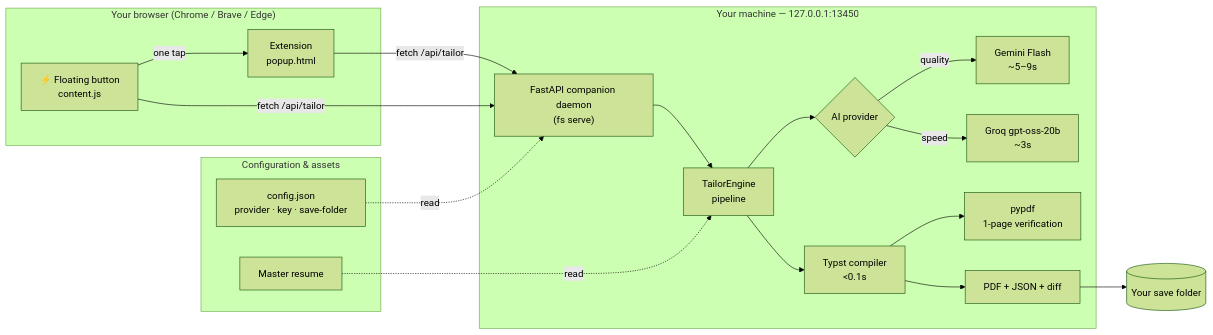
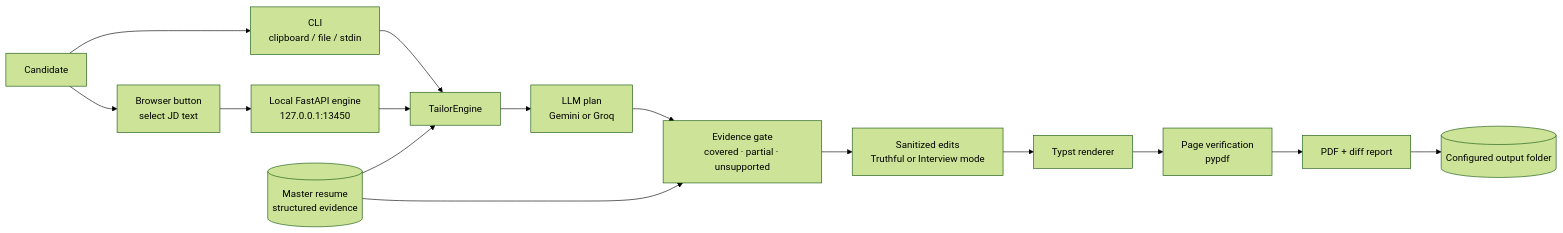
Before and after one commit to PavanBollepalli/flash-resume: the diagram in README.md, drawn with Mermaid (forest theme). The commit also changed other lines of this file and 11 other files, not shown here.

Commit message:
release: prepare flash-resume 0.2.9

````diff
--- a/README.md
+++ b/README.md
@@ -83,26 +375,19 @@
 ```mermaid
 flowchart LR
-    subgraph Browser["Your browser (Chrome / Brave / Edge)"]
-        FAB["⚡ Floating button<br/>content.js"] -->|"one tap"| EXT["Extension<br/>popup.html"]
-    end
+    USER["Candidate"] --> BROWSER["Browser button<br/>select JD text"]
+    USER --> CLI["CLI<br/>clipboard / file / stdin"]
 
-    subgraph Local["Your machine — 127.0.0.1:13450"]
-        API["FastAPI companion daemon<br/>(fs serve)"] --> TAILOR["TailorEngine<br/>pipeline"]
-        TAILOR --> LLM{"AI provider"}
-        LLM -->|quality| GEM["Gemini Flash<br/>~5–9s"]
-        LLM -->|speed| GROQ["Groq gpt-oss-20b<br/>~3s"]
-        TAILOR --> TYPST["Typst compiler<br/><0.1s"] --> PYPDF["pypdf<br/>1-page verification"]
-        TYPST --> PDF["PDF + JSON + diff"]
-    end
+    BROWSER --> API["Local FastAPI engine<br/>127.0.0.1:13450"]
+    CLI --> PIPELINE["TailorEngine"]
+    API --> PIPELINE
 
-    EXT -->|fetch /api/tailor| API
-    FAB -->|fetch /api/tailor| API
-    PDF --> SAVE[("Your save folder")]
-
-    subgraph Config["Configuration & assets"]
-        CFG["config.json<br/>provider · key · save-folder"]
-        RES["Master resume"]
-        CFG -.->|read| API
-        RES -.->|read| TAILOR
-    end
+    RESUME[("Master resume<br/>structured evidence")] --> PIPELINE
+    PIPELINE --> PLAN["LLM plan<br/>Gemini or Groq"]
+    PLAN --> GATE["Evidence gate<br/>covered · partial · unsupported"]
+    RESUME --> GATE
+    GATE --> EDITS["Sanitized edits<br/>Truthful or Interview mode"]
+    EDITS --> RENDER["Typst renderer"]
+    RENDER --> VERIFY["Page verification<br/>pypdf"]
+    VERIFY --> OUTPUT["PDF + diff report"]
+    OUTPUT --> FOLDER[("Configured output folder")]
 ```
````
